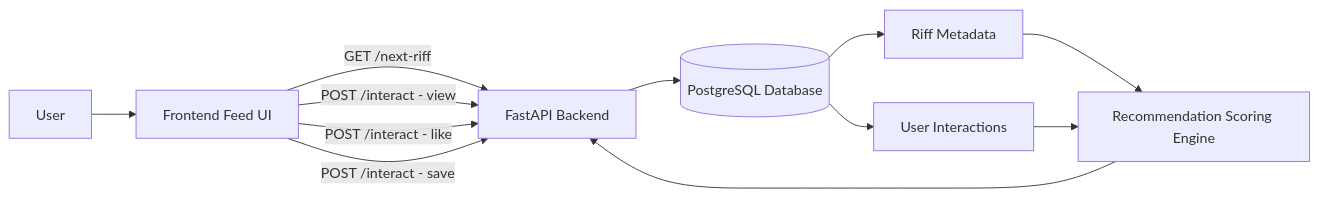
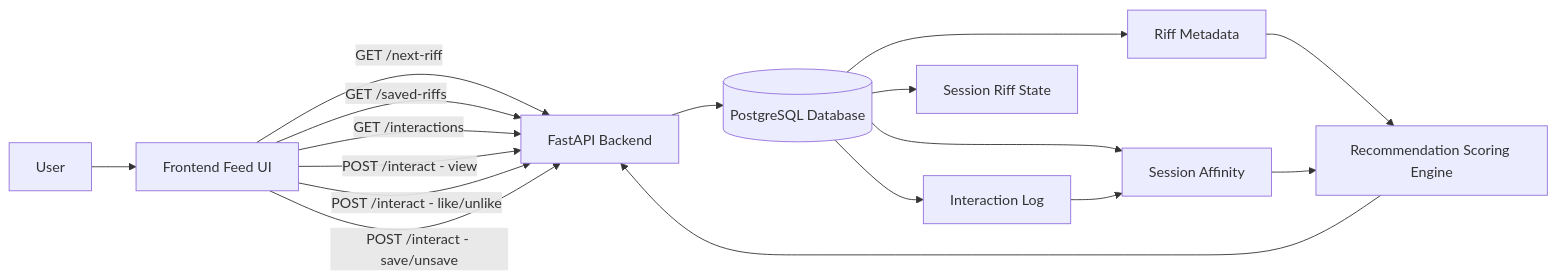
One commit to Zachwm/riffly changed the first of 3 diagrams in README.md. Above: the diagram before and after it, drawn with Mermaid. The commit also changed other lines of this file and 14 other files, not shown here.

````diff
--- a/README.md
+++ b/README.md
@@ -58,19 +61,24 @@
 ```mermaid
 flowchart LR
     U[User] --> F[Frontend Feed UI]
 
     F -->|GET /next-riff| A[FastAPI Backend]
+    F -->|GET /saved-riffs| A
+    F -->|GET /interactions| A
     F -->|POST /interact - view| A
-    F -->|POST /interact - like| A
-    F -->|POST /interact - save| A
+    F -->|POST /interact - like/unlike| A
+    F -->|POST /interact - save/unsave| A
 
     A --> D[(PostgreSQL Database)]
 
     D --> R[Riff Metadata]
-    D --> I[User Interactions]
+    D --> I[Interaction Log]
+    D --> AF[Session Affinity]
+    D --> RS[Session Riff State]
 
     R --> S[Recommendation Scoring Engine]
-    I --> S
+    AF --> S
+    I --> AF
 
     S --> A
 ```
````
